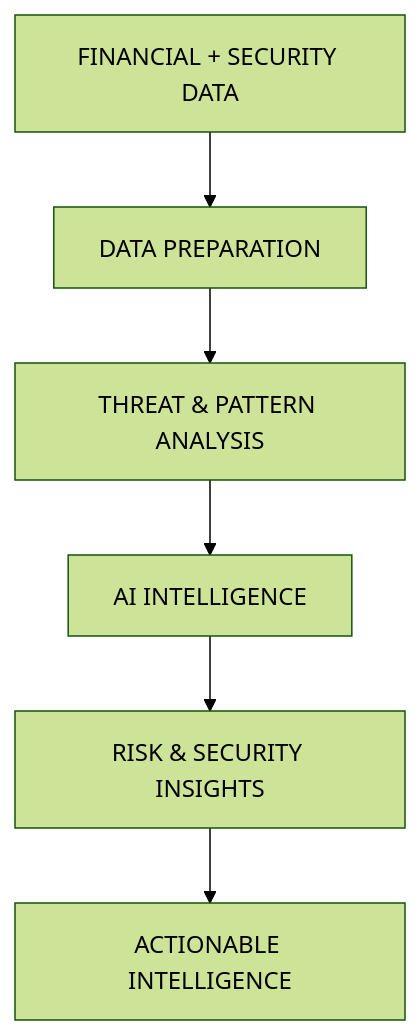
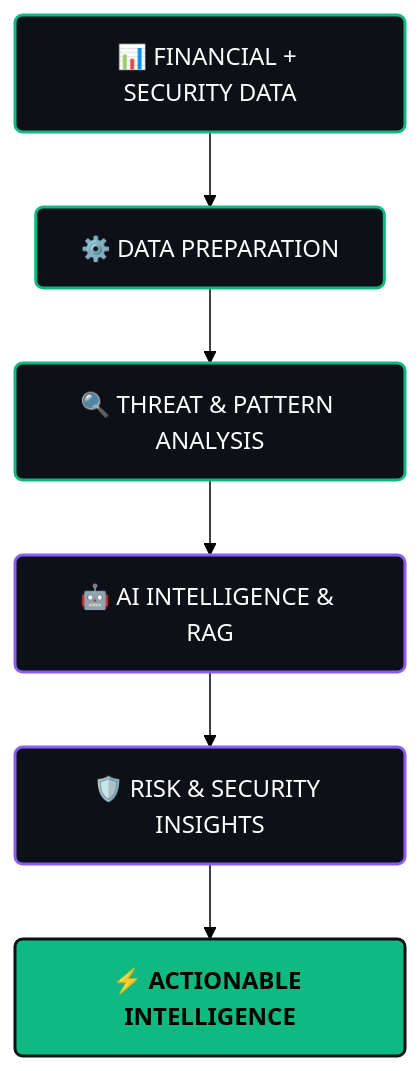
One commit to sramasu/sramasu changed the diagram in README.md. Above: the diagram before and after it, drawn with Mermaid (forest theme). The commit also changed other lines of this file, not shown here.

````diff
--- a/README.md
+++ b/README.md
@@ -280,8 +166,12 @@
 ```mermaid
 graph TD;
-    A[FINANCIAL + SECURITY DATA] --> B[DATA PREPARATION];
-    B --> C[THREAT & PATTERN ANALYSIS];
-    C --> D[AI INTELLIGENCE];
-    D --> E[RISK & SECURITY INSIGHTS];
-    E --> F[ACTIONABLE INTELLIGENCE];
+    classDef default fill:#0D1117,stroke:#10B981,stroke-width:2px,color:#fff,rx:5px,ry:5px;
+    classDef ai fill:#0D1117,stroke:#8B5CF6,stroke-width:2px,color:#fff,rx:5px,ry:5px;
+    classDef action fill:#10B981,stroke:#0D1117,stroke-width:2px,color:#000,font-weight:bold,rx:5px,ry:5px;
+
+    A[📊 FINANCIAL + SECURITY DATA] --> B[⚙️ DATA PREPARATION];
+    B --> C[🔍 THREAT & PATTERN ANALYSIS];
+    C --> D[🤖 AI INTELLIGENCE & RAG]:::ai;
+    D --> E[🛡️ RISK & SECURITY INSIGHTS]:::ai;
+    E --> F[⚡ ACTIONABLE INTELLIGENCE]:::action;
 ```
````
